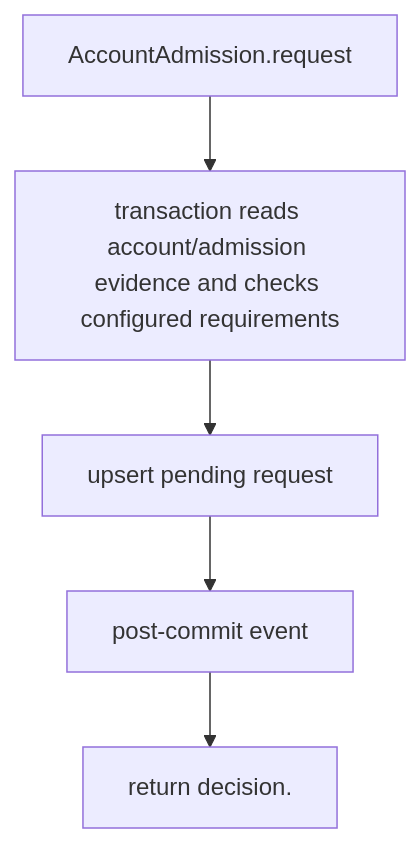
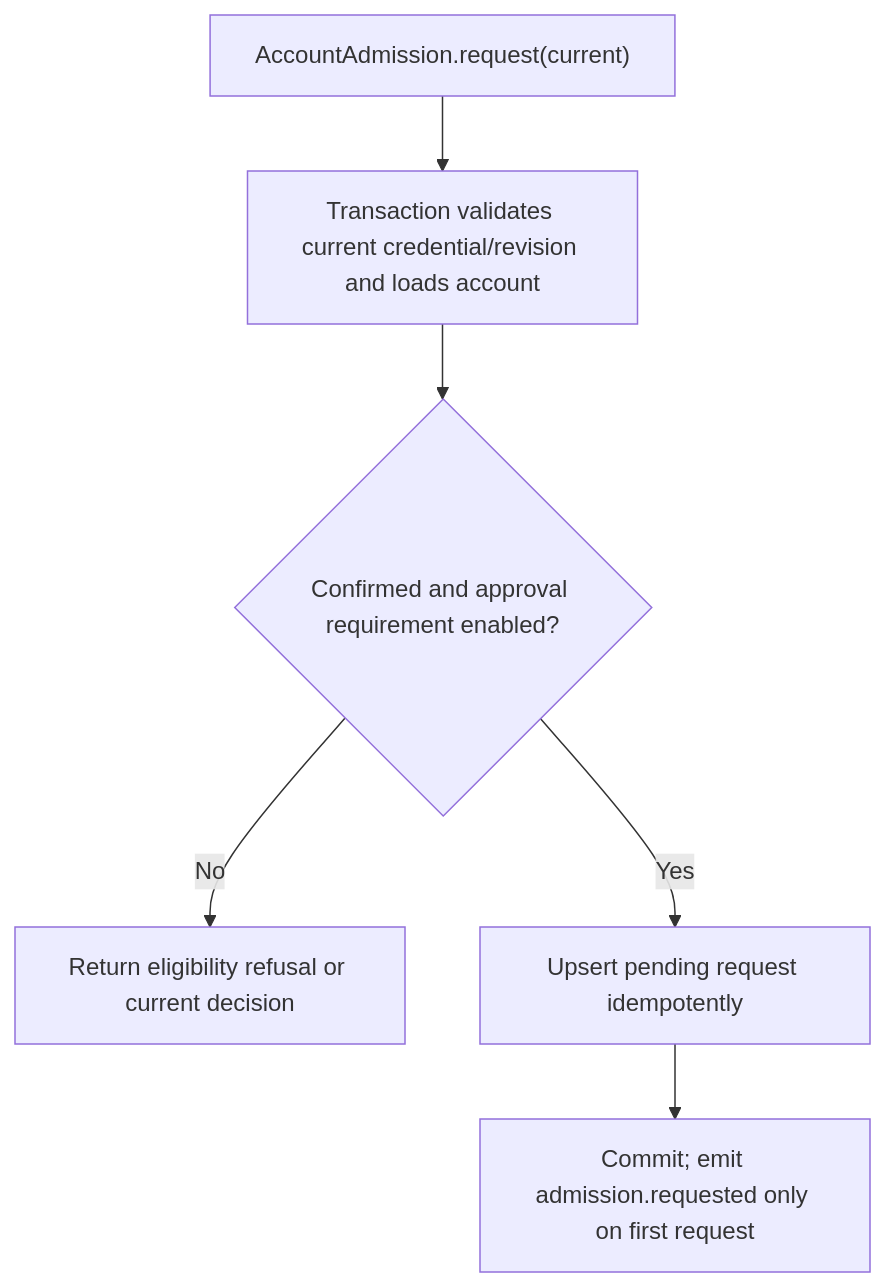
One commit to Kevinjohn/oss-adonisjs-account-kit changed the second of 2 diagrams in user-stories/US-ACCOUNT-24-request-admission.md. Above: the diagram before and after it, drawn with Mermaid. The commit also changed other lines of this file and 29 other files, not shown here.

````diff
--- a/user-stories/US-ACCOUNT-24-request-admission.md
+++ b/user-stories/US-ACCOUNT-24-request-admission.md
@@ -33,12 +31,8 @@
 ```mermaid
 flowchart TD
-    C0["AccountAdmission.request"]
-    C1["transaction reads account/admission evidence and checks configured requirements"]
-    C0 --> C1
-    C2["upsert pending request"]
-    C1 --> C2
-    C3["post-commit event"]
-    C2 --> C3
-    C4["return decision."]
-    C3 --> C4
+ A["AccountAdmission.request(current)"] --> B["Transaction validates current credential/revision and loads account"]
+ B --> C{"Confirmed and approval requirement enabled?"}
+ C -->|No| D["Return eligibility refusal or current decision"]
+ C -->|Yes| E["Upsert pending request idempotently"]
+ E --> F["Commit; emit admission.requested only on first request"]
 ```
````
